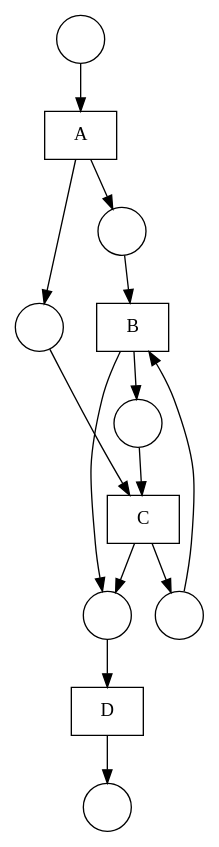
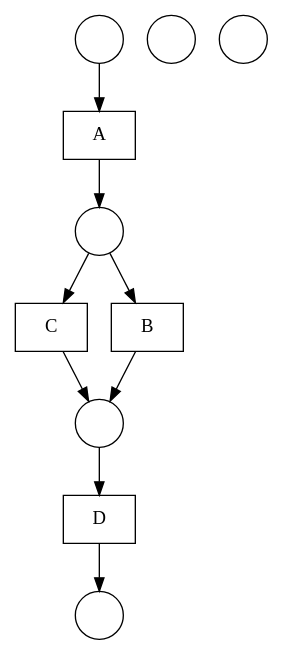
The diagram in nets/Fittest net.gv (DWitek97/GeneticMiner), drawn with Graphviz before and after one commit. The commit also changed 2 other files, not shown here.

```diff
--- a/nets/Fittest net.gv
+++ b/nets/Fittest net.gv
@@ -1,28 +1,22 @@
 digraph "Fittest net" {
 	node [shape=box]
+	D [label=D]
+	C [label=C]
 	A [label=A]
 	B [label=B]
-	C [label=C]
-	D [label=D]
 	node [shape=circle]
 	1 [label=" "]
 	2 [label=" "]
 	3 [label=" "]
 	4 [label=" "]
 	5 [label=" "]
 	6 [label=" "]
-	7 [label=" "]
+	4 -> D
+	D -> 2
+	3 -> C
+	C -> 4
 	1 -> A
-	A -> 2
 	A -> 3
-	2 -> B
-	5 -> B
+	3 -> B
 	B -> 4
-	B -> 7
-	3 -> C
-	7 -> C
-	C -> 4
-	C -> 5
-	4 -> D
-	D -> 6
 }
```
